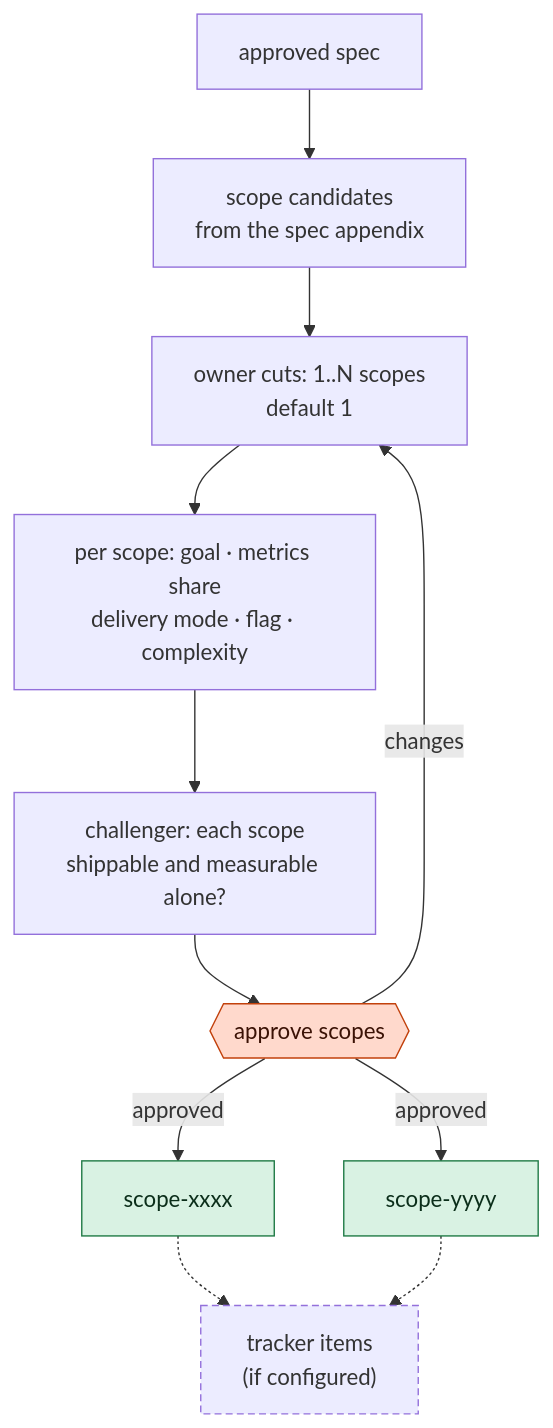
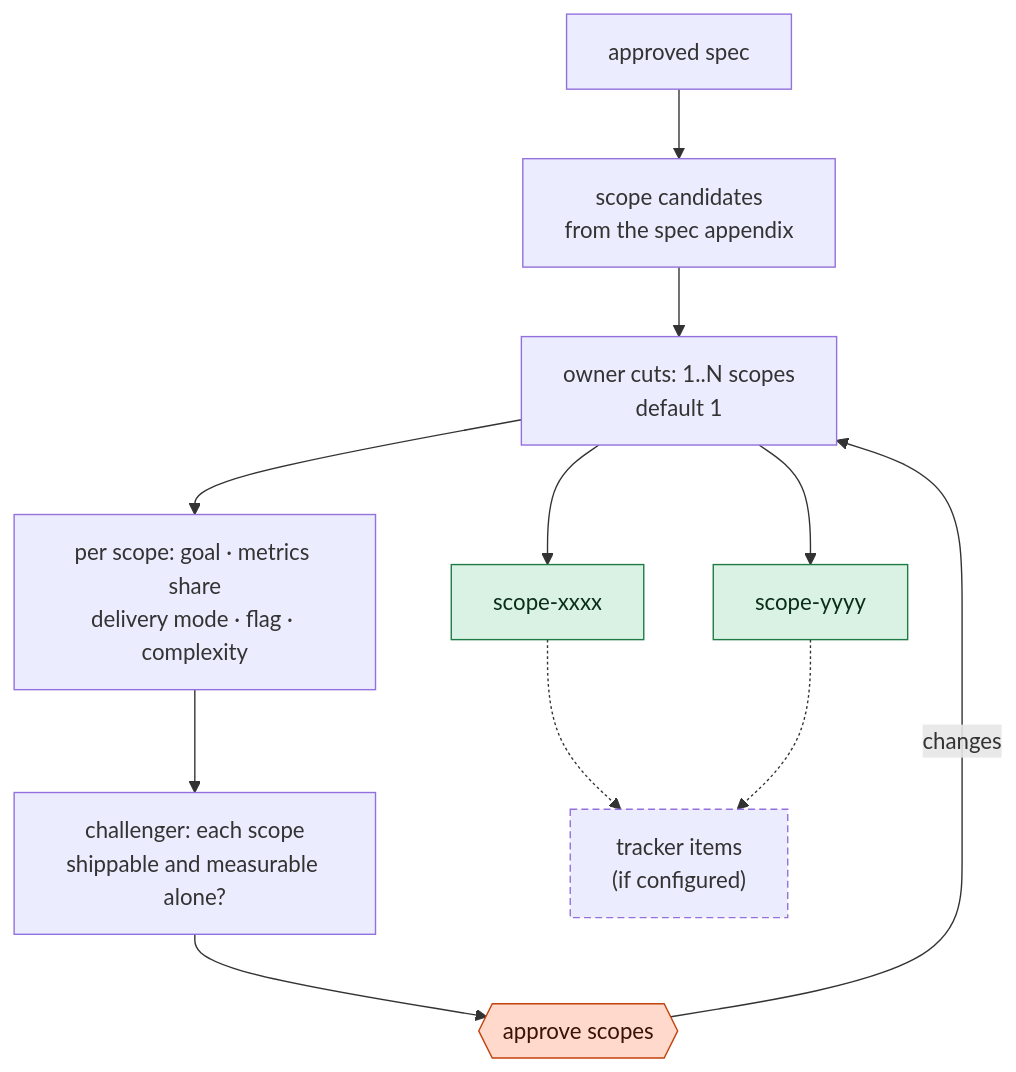
One commit to dreamingechoes/wholeloop changed the diagram in docs/flow/define/cut-scopes.md. Above: the diagram before and after it, drawn with Mermaid. The commit also changed other lines of this file and 32 other files, not shown here.

````diff
--- a/docs/flow/define/cut-scopes.md
+++ b/docs/flow/define/cut-scopes.md
@@ -31,15 +31,15 @@
 ```mermaid
 flowchart TD
   SP["approved spec"] --> CAND["scope candidates<br/>from the spec appendix"]
   CAND --> CUT["owner cuts: 1..N scopes<br/>default 1"]
   CUT --> EACH["per scope: goal · metrics share<br/>delivery mode · flag · complexity"]
   EACH --> CH["challenger: each scope<br/>shippable and measurable alone?"]
   CH --> AP{{"approve scopes"}}:::person
   AP -- "changes" --> CUT
-  AP -- "approved" --> S1["scope-xxxx"]:::define
-  AP -- "approved" --> S2["scope-yyyy"]:::define
+  CUT --> S1["scope-xxxx"]:::define
+  CUT --> S2["scope-yyyy"]:::define
   S1 & S2 -.-> TR["tracker items<br/>(if configured)"]:::opt
   classDef define fill:#d9f2e3,stroke:#1f7a45,color:#0b2e1a;
   classDef person fill:#ffd9cc,stroke:#c2410c,color:#3b1205;
   classDef opt stroke-dasharray:5 3;
 ```
````
